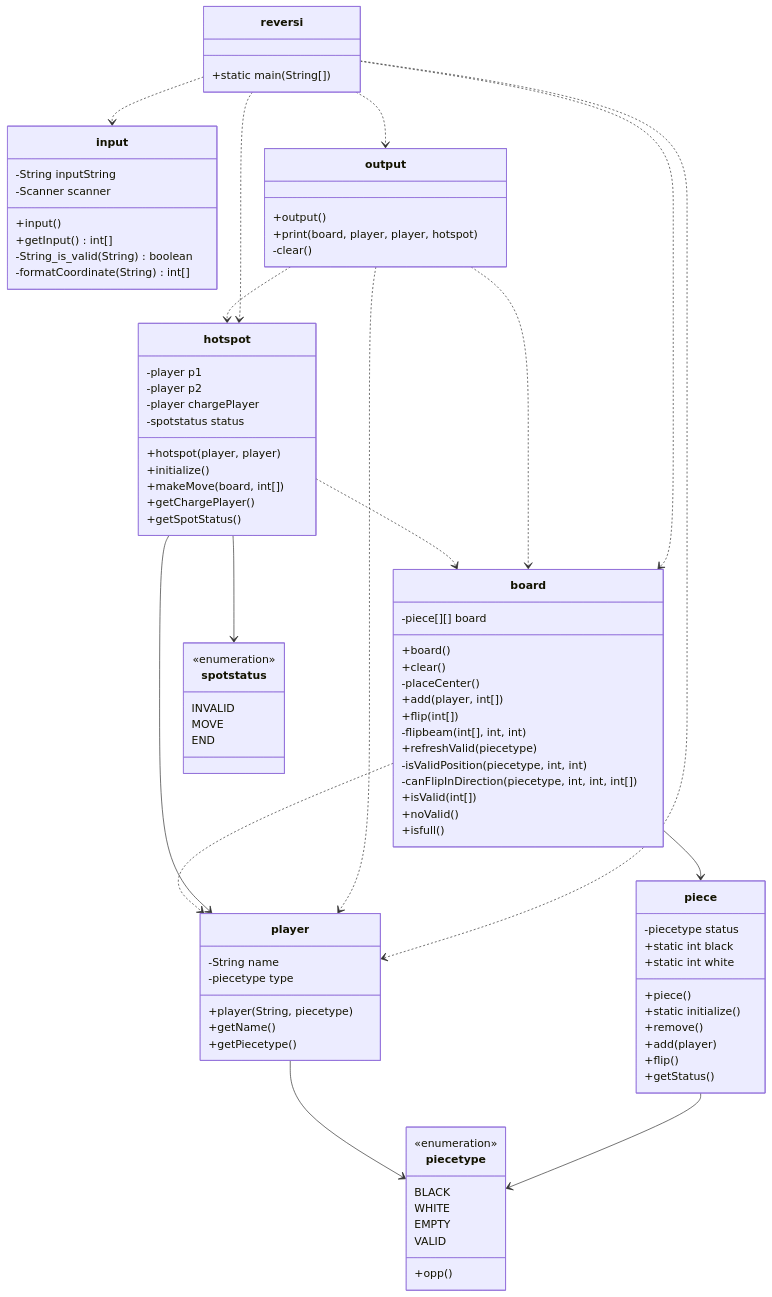
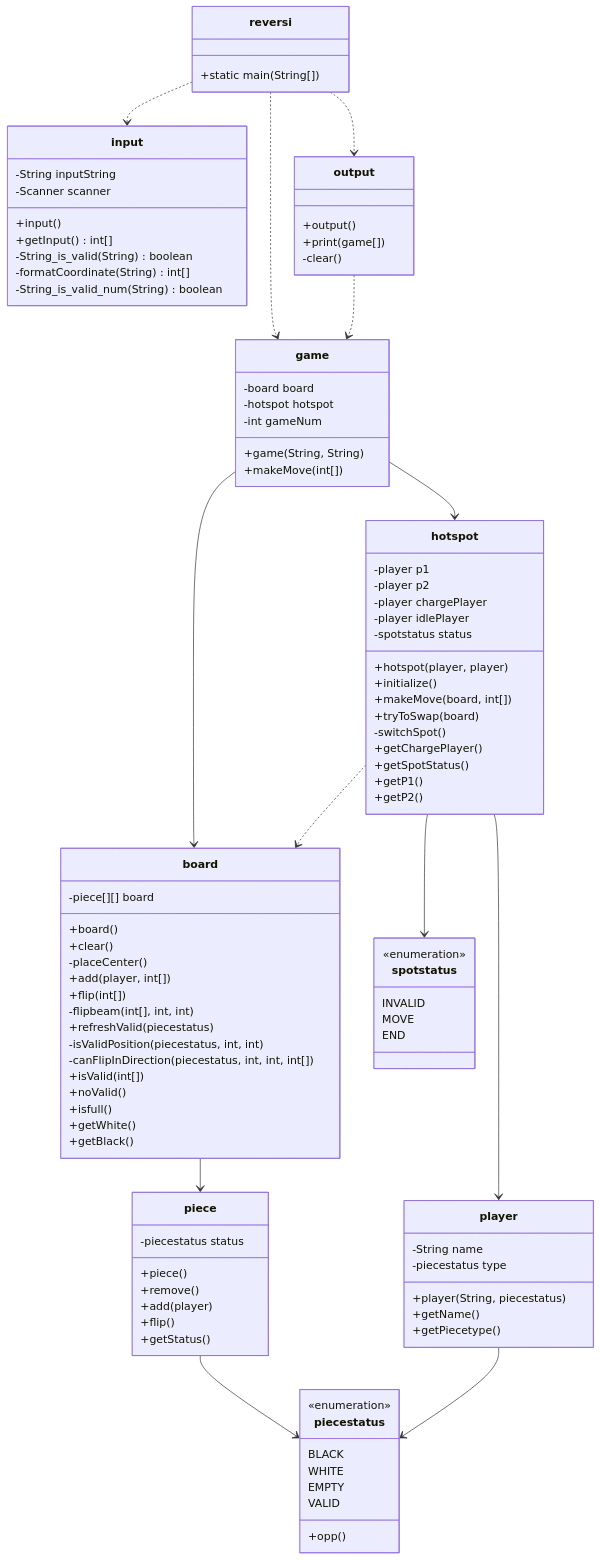
Before and after one commit to zhao-jingyan/reversi: the diagram in README.md, drawn with Mermaid. The commit also changed other lines of this file and 31 other files, not shown here.

````diff
--- a/README.md
+++ b/README.md
@@ -139,12 +152,21 @@
         +getInput() int[]
         -String_is_valid(String) boolean
         -formatCoordinate(String) int[]
+        -String_is_valid_num(String) boolean
     }
 
     class output {
         +output()
-        +print(board, player, player, hotspot)
+        +print(game[])
         -clear()
+    }
+
+    class game {
+        -board board
+        -hotspot hotspot
+        -int gameNum
+        +game(String, String)
+        +makeMove(int[])
     }
 
     class board {
@@ -155,27 +177,26 @@
         +add(player, int[])
         +flip(int[])
         -flipbeam(int[], int, int)
-        +refreshValid(piecetype)
-        -isValidPosition(piecetype, int, int)
-        -canFlipInDirection(piecetype, int, int, int[])
+        +refreshValid(piecestatus)
+        -isValidPosition(piecestatus, int, int)
+        -canFlipInDirection(piecestatus, int, int, int[])
         +isValid(int[])
         +noValid()
         +isfull()
+        +getWhite()
+        +getBlack()
     }
 
     class piece {
-        -piecetype status
-        +static int black
-        +static int white
+        -piecestatus status
         +piece()
-        +static initialize()
         +remove()
         +add(player)
         +flip()
         +getStatus()
     }
 
-    class piecetype {
+    class piecestatus {
         <<enumeration>>
         BLACK
         WHITE
@@ -186,8 +207,8 @@
 
     class player {
         -String name
-        -piecetype type
-        +player(String, piecetype)
+        -piecestatus type
+        +player(String, piecestatus)
         +getName()
         +getPiecetype()
     }
@@ -196,12 +217,17 @@
         -player p1
         -player p2
         -player chargePlayer
+        -player idlePlayer
         -spotstatus status
         +hotspot(player, player)
         +initialize()
         +makeMove(board, int[])
+        +tryToSwap(board)
+        -switchSpot()
         +getChargePlayer()
         +getSpotStatus()
+        +getP1()
+        +getP2()
     }
 
     class spotstatus {
@@ -213,17 +239,14 @@
 
     reversi ..> input
     reversi ..> output
-    reversi ..> board
-    reversi ..> player
-    reversi ..> hotspot
-    output ..> board
-    output ..> hotspot
-    output ..> player
+    reversi ..> game
+    output ..> game
+    game --> board
+    game --> hotspot
     board --> piece
-    piece --> piecetype
-    player --> piecetype
+    piece --> piecestatus
+    player --> piecestatus
     hotspot --> player
     hotspot --> spotstatus
-    board ..> player
     hotspot ..> board
 ```
````
